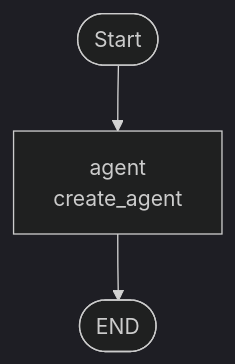
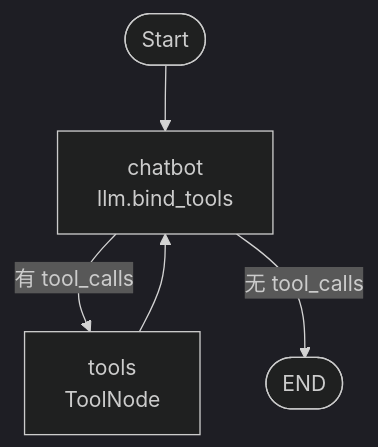
One commit to Ashitaka-Laputa-IV/helpdesk changed the diagram in .design/create_agent与graph编排.md. Above: the diagram before and after it, drawn with Mermaid (dark theme). The commit also changed other lines of this file and 2 other files, not shown here.

First line of the commit message:
refactor: B 改为 LangGraph 手工编排（init_chat_model + ToolNode）

````diff
--- a/.design/create_agent与graph编排.md
+++ b/.design/create_agent与graph编排.md
@@ -38,5 +49,7 @@
 ```mermaid
 graph TD
-    Start([Start]) --> Agent[agent<br/>create_agent]
-    Agent --> END([END])
+    Start([Start]) --> Chatbot[chatbot<br/>llm.bind_tools]
+    Chatbot -- 有 tool_calls --> Tools[tools<br/>ToolNode]
+    Tools --> Chatbot
+    Chatbot -- 无 tool_calls --> END([END])
 ```
````
